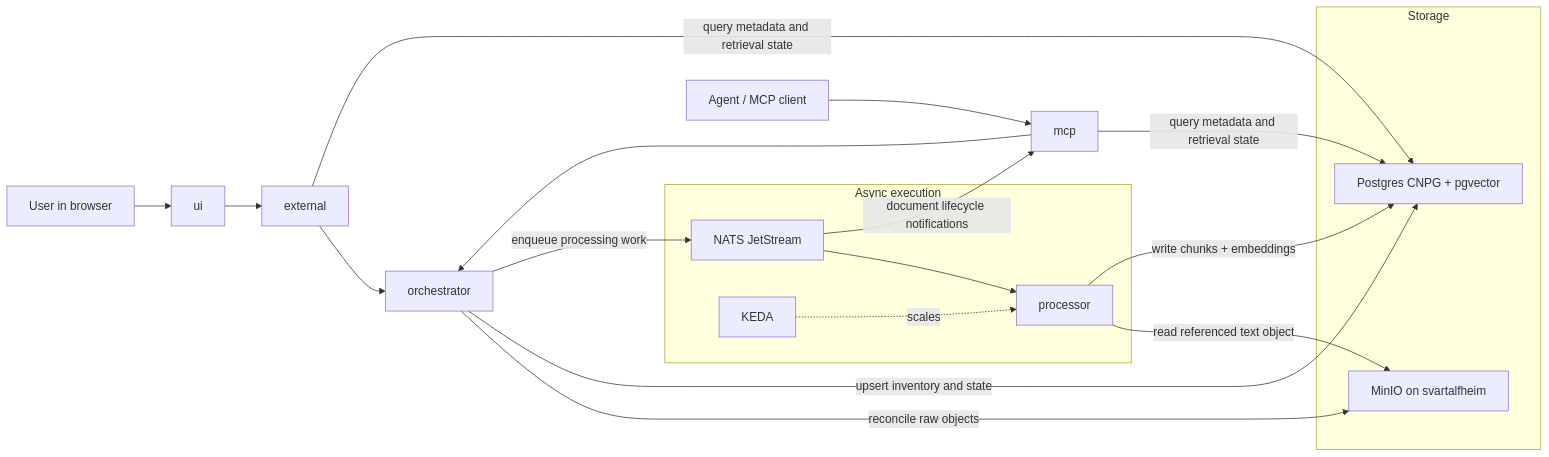
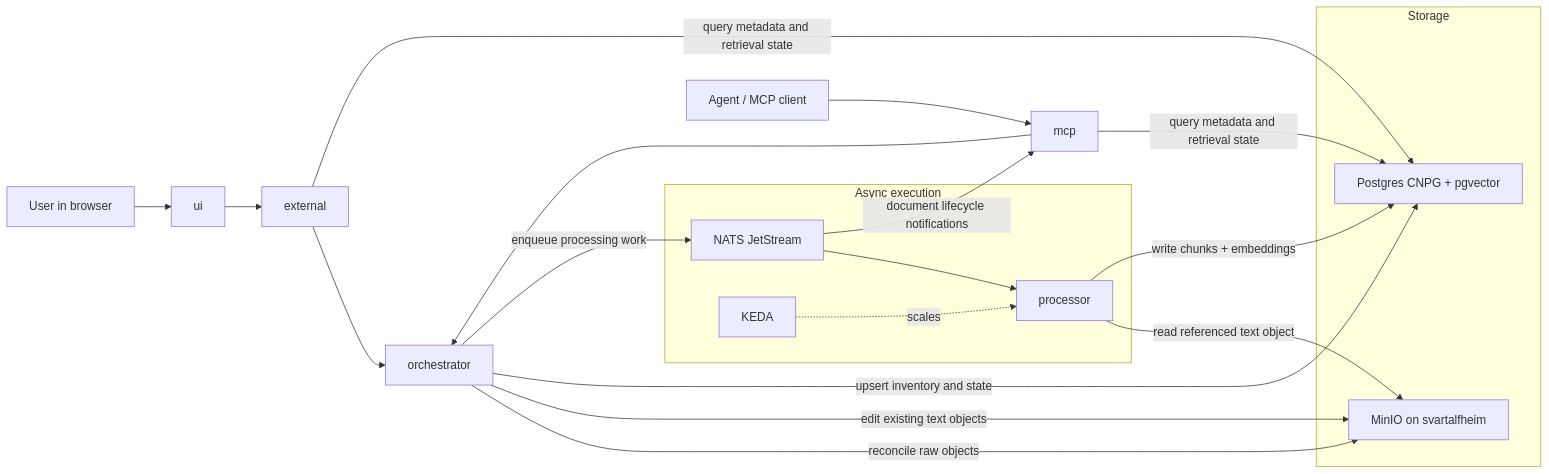
One commit to labiraus/homelab changed the diagram in docs/RAG.md. Above: the diagram before and after it, drawn with Mermaid. The commit also changed other lines of this file and 10 other files, not shown here.

````diff
--- a/docs/RAG.md
+++ b/docs/RAG.md
@@ -29,32 +30,33 @@
 ```mermaid
 flowchart LR
   U[User in browser] --> UI[ui]
   UI --> EXT[external]
   A[Agent / MCP client] --> MCP[mcp]
 
   EXT --> ORCH[orchestrator]
   MCP --> ORCH
 
   subgraph Storage
     MINIO[MinIO on svartalfheim]
     PG[Postgres CNPG + pgvector]
   end
 
   subgraph Async execution
     NATS[NATS JetStream]
     PROC[processor]
     KEDA[KEDA]
   end
 
   ORCH -->|reconcile raw objects| MINIO
+  ORCH -->|edit existing text objects| MINIO
   ORCH -->|upsert inventory and state| PG
   ORCH -->|enqueue processing work| NATS
   NATS --> PROC
   NATS -->|document lifecycle notifications| MCP
   KEDA -. scales .-> PROC
   PROC -->|read referenced text object| MINIO
   PROC -->|write chunks + embeddings| PG
 
   EXT -->|query metadata and retrieval state| PG
   MCP -->|query metadata and retrieval state| PG
 ```
````
